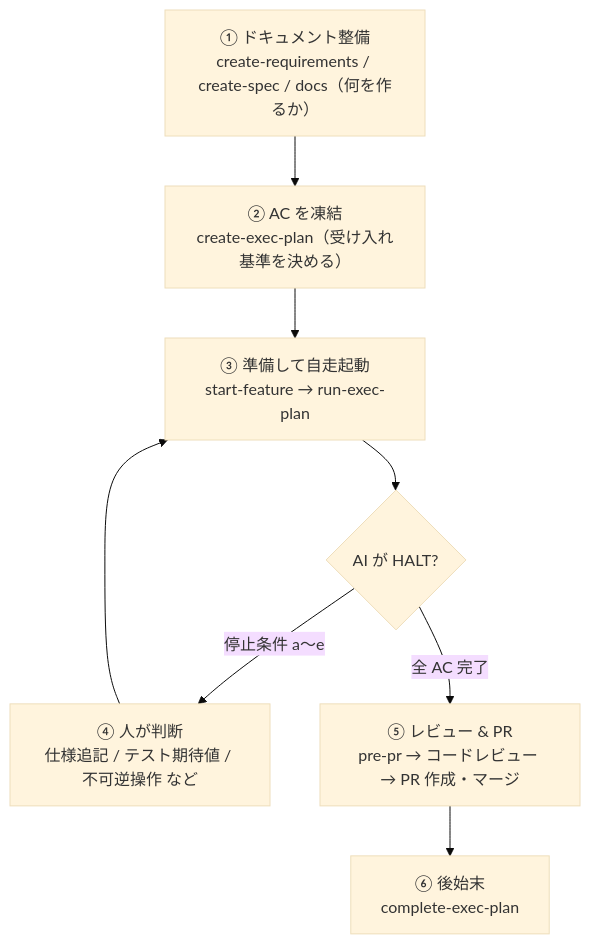
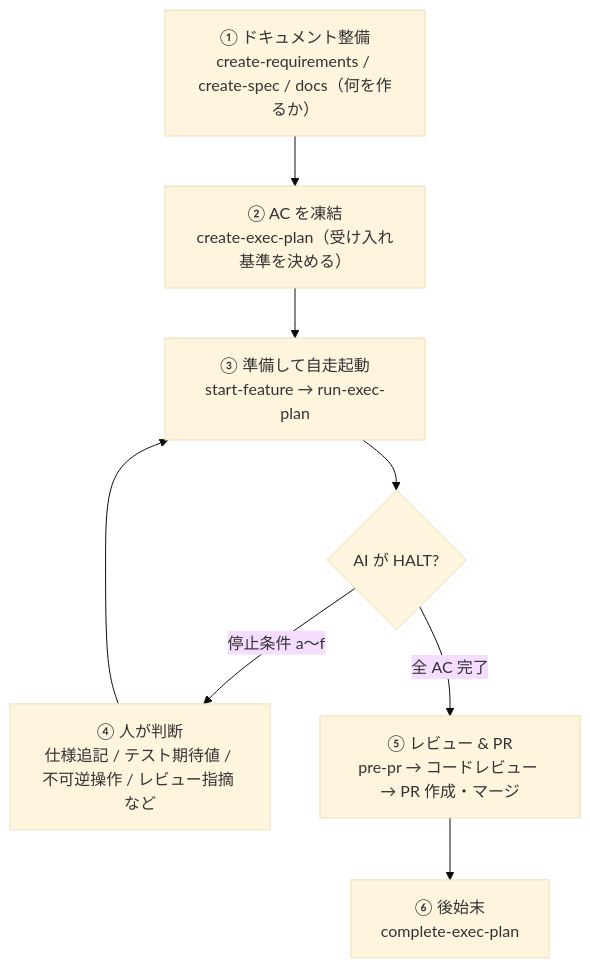
The diagram in ONBOARDING.ja.md (aki-senri/DocDDTemplate), drawn with Mermaid (base theme) before and after one commit. The commit also changed other lines of this file and 4 other files, not shown here.

````diff
--- a/ONBOARDING.ja.md
+++ b/ONBOARDING.ja.md
@@ -326,11 +326,11 @@
 ```mermaid
 flowchart TD
     A["① ドキュメント整備<br/>create-requirements / create-spec / docs（何を作るか）"] --> B
     B["② AC を凍結<br/>create-exec-plan（受け入れ基準を決める）"] --> C
     C["③ 準備して自走起動<br/>start-feature → run-exec-plan"]
     C --> D{AI が HALT?}
-    D -->|停止条件 a〜e| E["④ 人が判断<br/>仕様追記 / テスト期待値 / 不可逆操作 など"]
+    D -->|停止条件 a〜f| E["④ 人が判断<br/>仕様追記 / テスト期待値 / 不可逆操作 / レビュー指摘 など"]
     E --> C
     D -->|全 AC 完了| F["⑤ レビュー & PR<br/>pre-pr → コードレビュー → PR 作成・マージ"]
     F --> G["⑥ 後始末<br/>complete-exec-plan"]
 ```
````
